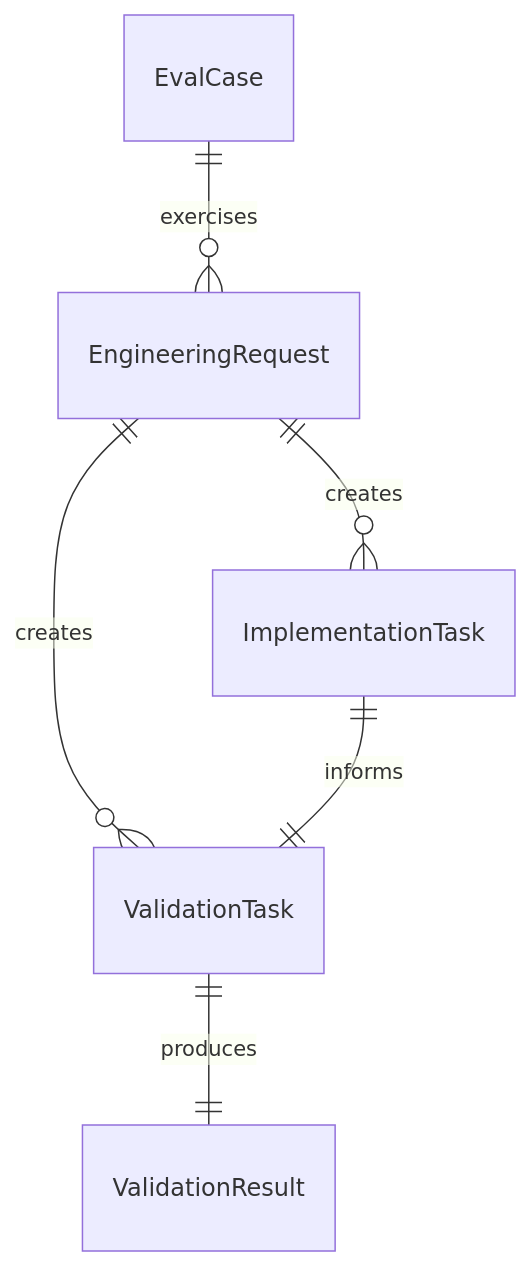
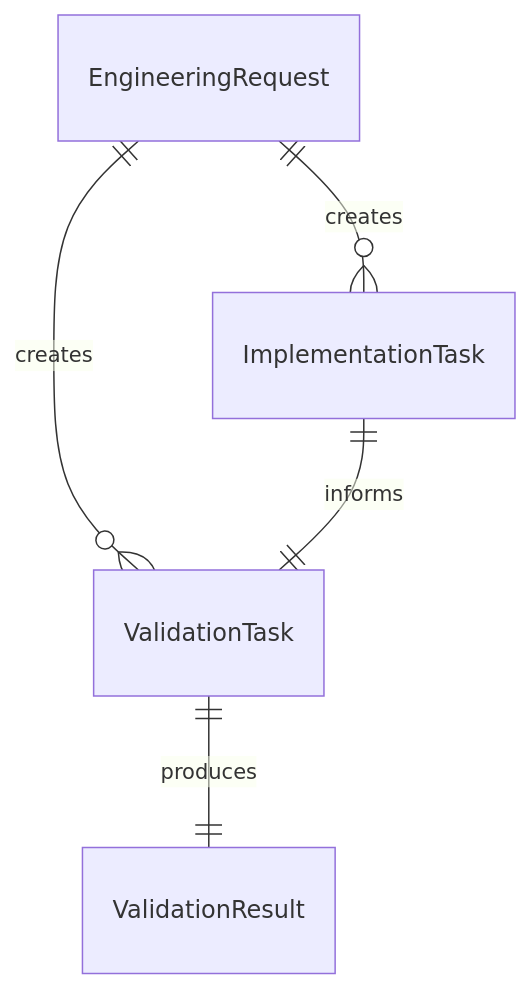
The second of 2 diagrams in docs/pm/agents/engineer-agent/subagent-division/PRD.md (Neplich/dev-agent-skills), drawn with Mermaid before and after one commit. The commit also changed other lines of this file and 71 other files, not shown here.

````diff
--- a/docs/pm/agents/engineer-agent/subagent-division/PRD.md
+++ b/docs/pm/agents/engineer-agent/subagent-division/PRD.md
@@ -145,8 +147,7 @@
 ```mermaid
 erDiagram
     EngineeringRequest ||--o{ ImplementationTask : creates
     EngineeringRequest ||--o{ ValidationTask : creates
     ImplementationTask ||--|| ValidationTask : informs
     ValidationTask ||--|| ValidationResult : produces
-    EvalCase ||--o{ EngineeringRequest : exercises
 ```
````
